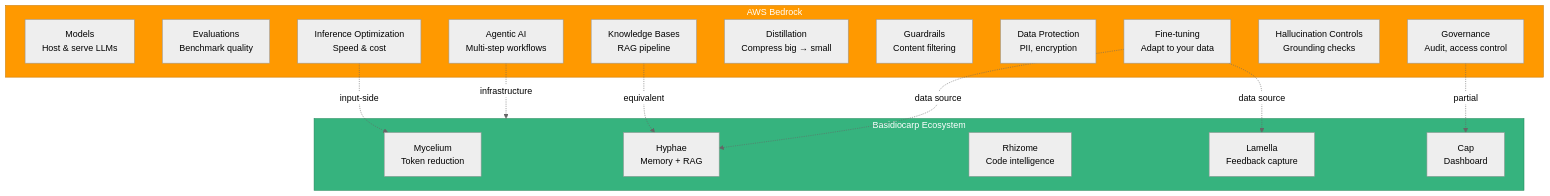
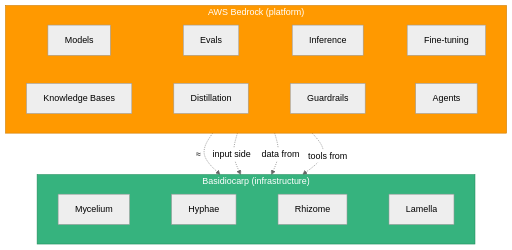
Before and after one commit to basidiocarp/.github: the third of 5 diagrams in docs/AI-CONCEPTS.md, drawn with Mermaid (neutral theme). The commit also changed other lines of this file, not shown here.

Commit message:
docs: rewrite AI concepts — fix voice, diagram structure, remove filler

````diff
--- a/docs/AI-CONCEPTS.md
+++ b/docs/AI-CONCEPTS.md
@@ -125,34 +103,21 @@
 ```mermaid
 flowchart TD
-    subgraph Platform["AWS Bedrock"]
-        Models["Models<br/>Host & serve LLMs"]
-        Eval["Evaluations<br/>Benchmark quality"]
-        Infer["Inference Optimization<br/>Speed & cost"]
-        FT["Fine-tuning<br/>Adapt to your data"]
-        KB["Knowledge Bases<br/>RAG pipeline"]
-        Distill["Distillation<br/>Compress big → small"]
-        Guard["Guardrails<br/>Content filtering"]
-        DP["Data Protection<br/>PII, encryption"]
-        Gov["Governance<br/>Audit, access control"]
-        Halluc["Hallucination Controls<br/>Grounding checks"]
-        Agents["Agentic AI<br/>Multi-step workflows"]
+    subgraph Bedrock["AWS Bedrock (platform)"]
+        direction LR
+        BModels["Models"] ~~~ BEval["Evals"] ~~~ BInfer["Inference"] ~~~ BFT["Fine-tuning"]
+        BKB["Knowledge Bases"] ~~~ BDistill["Distillation"] ~~~ BGuard["Guardrails"] ~~~ BAgents["Agents"]
     end
 
-    subgraph Basidiocarp["Basidiocarp Ecosystem"]
-        Mycelium["Mycelium<br/>Token reduction"]
-        Hyphae["Hyphae<br/>Memory + RAG"]
-        Rhizome["Rhizome<br/>Code intelligence"]
-        Lamella["Lamella<br/>Feedback capture"]
-        Cap["Cap<br/>Dashboard"]
+    subgraph Eco["Basidiocarp (infrastructure)"]
+        direction LR
+        Mycelium["Mycelium"] ~~~ Hyphae["Hyphae"] ~~~ Rhizome["Rhizome"] ~~~ Lamella["Lamella"]
     end
 
-    KB -.->|"equivalent"| Hyphae
-    Infer -.->|"input-side"| Mycelium
-    FT -.->|"data source"| Hyphae
-    FT -.->|"data source"| Lamella
-    Agents -.->|"infrastructure"| Basidiocarp
-    Gov -.->|"partial"| Cap
+    BKB -.->|"≈"| Hyphae
+    BInfer -.->|"input side"| Mycelium
+    BFT -.->|"data from"| Hyphae
+    BAgents -.->|"tools from"| Eco
 
-    style Platform fill:#ff9900,stroke:#cc7a00,color:#fff
-    style Basidiocarp fill:#36b37e,stroke:#1f8a5a,color:#fff
+    style Bedrock fill:#ff9900,stroke:#cc7a00,color:#fff
+    style Eco fill:#36b37e,stroke:#1f8a5a,color:#fff
 ```
````
